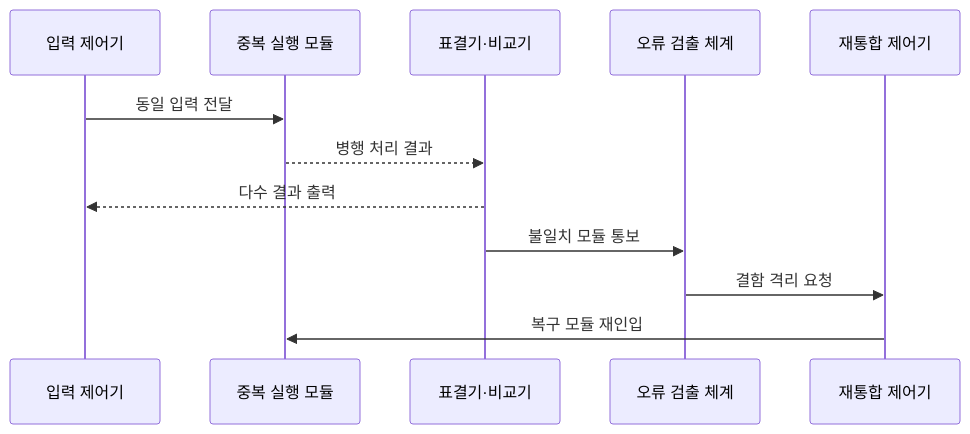
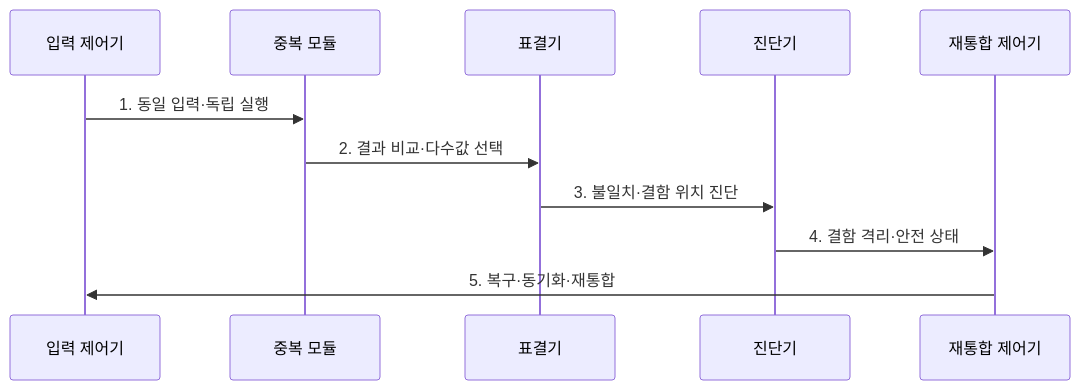
Before and after one commit to agnusdei1207/knowledge-base: the second of 2 diagrams in src/content/docs/notes/06-evaluation/023_fault_tolerant_system.md, drawn with Mermaid. The commit also changed other lines of this file and 6 other files, not shown here.

````diff
--- a/src/content/docs/notes/06-evaluation/023_fault_tolerant_system.md
+++ b/src/content/docs/notes/06-evaluation/023_fault_tolerant_system.md
@@ -81,14 +85,13 @@
 ```mermaid
 sequenceDiagram
-    participant I as 입력 제어기
-    participant M as 중복 실행 모듈
-    participant V as 표결기·비교기
-    participant D as 오류 검출 체계
-    participant R as 재통합 제어기
-    I->>M: 동일 입력 전달
-    M-->>V: 병행 처리 결과
-    V-->>I: 다수 결과 출력
-    V->>D: 불일치 모듈 통보
-    D->>R: 결함 격리 요청
-    R->>M: 복구 모듈 재인입
+  participant I as 입력 제어기
+  participant M as 중복 모듈
+  participant V as 표결기
+  participant D as 진단기
+  participant R as 재통합 제어기
+  I->>M: 1. 동일 입력·독립 실행
+  M->>V: 2. 결과 비교·다수값 선택
+  V->>D: 3. 불일치·결함 위치 진단
+  D->>R: 4. 결함 격리·안전 상태
+  R->>I: 5. 복구·동기화·재통합
 ```
````
